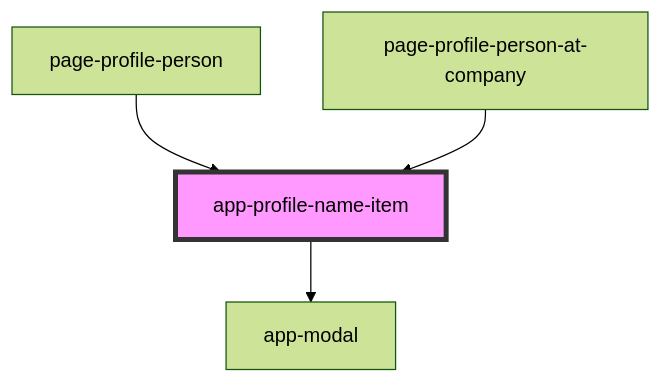
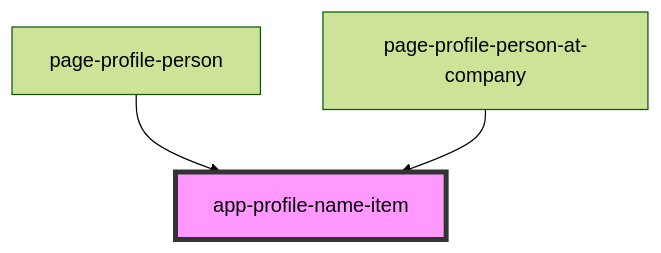
The diagram in iconeventnetwork-web/src/components/app-profile-name-item/readme.md (lokheed/IconEventNetwork.Web), drawn with Mermaid (forest theme) before and after one commit. The commit also changed other lines of this file and 23 other files, not shown here.

````diff
--- a/iconeventnetwork-web/src/components/app-profile-name-item/readme.md
+++ b/iconeventnetwork-web/src/components/app-profile-name-item/readme.md
@@ -28,7 +24,6 @@
 ```mermaid
 graph TD;
-  app-profile-name-item --> app-modal
   page-profile-person --> app-profile-name-item
   page-profile-person-at-company --> app-profile-name-item
   style app-profile-name-item fill:#f9f,stroke:#333,stroke-width:4px
 ```
````
